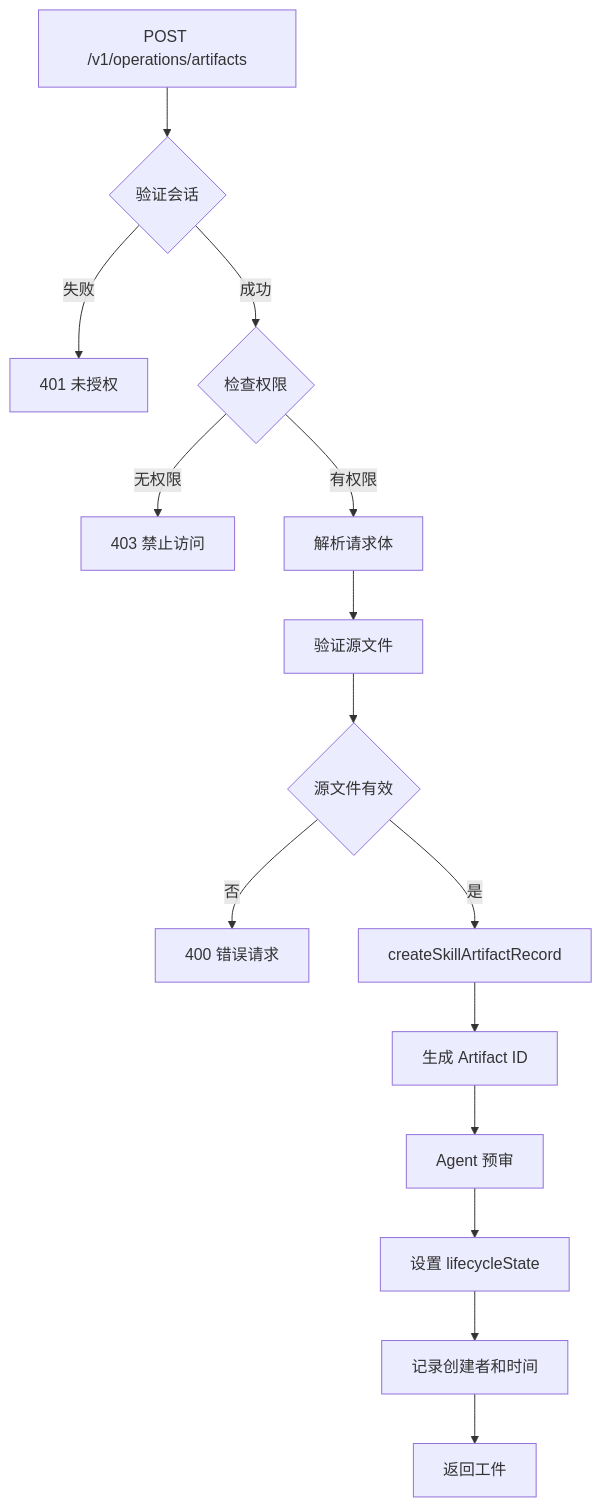
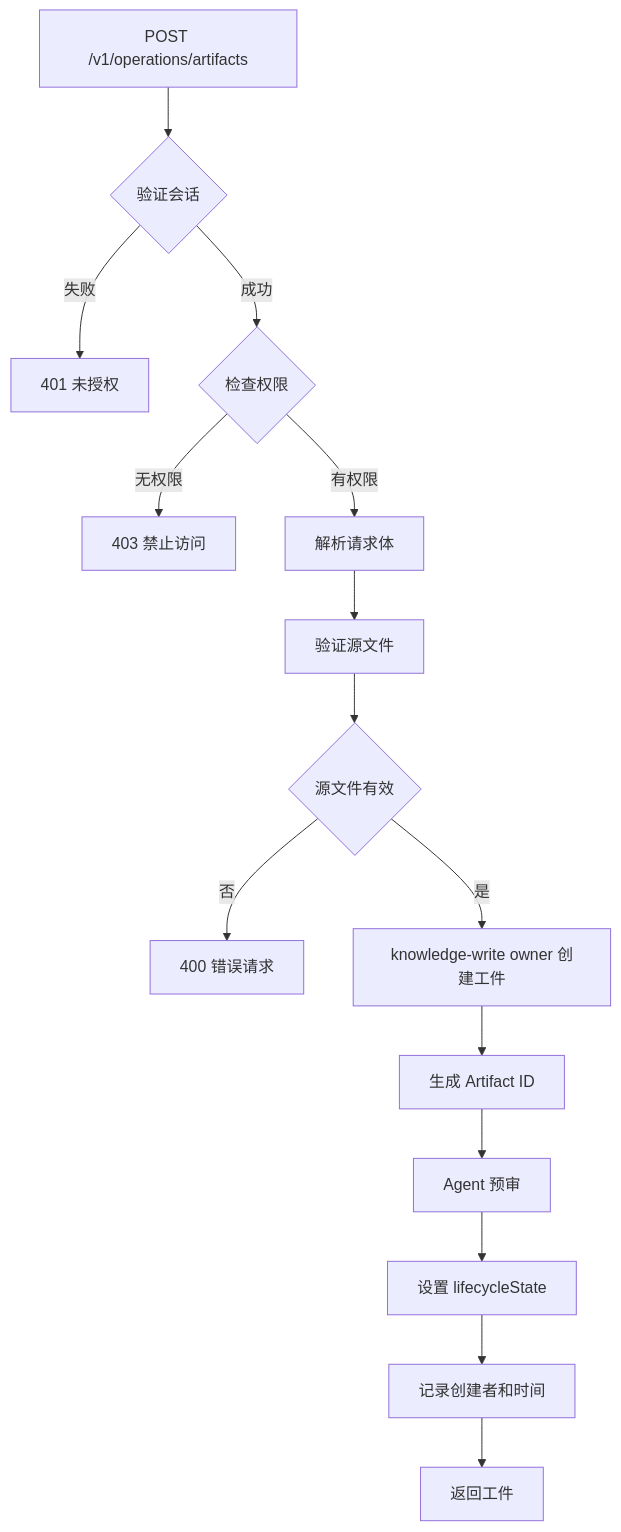
The fourth of 7 diagrams in docs/architecture/components/ARTIFACTS.md (pofossette/TrapMap-for-vibing), drawn with Mermaid before and after one commit. The commit also changed other lines of this file and 94 other files, not shown here.

````diff
--- a/docs/architecture/components/ARTIFACTS.md
+++ b/docs/architecture/components/ARTIFACTS.md
@@ -248,19 +248,19 @@
 ```mermaid
 flowchart TB
     A[POST /v1/operations/artifacts] --> B{验证会话}
     B -->|失败| C[401 未授权]
     B -->|成功| D{检查权限}
     D -->|无权限| E[403 禁止访问]
     D -->|有权限| F[解析请求体]
     
     F --> G[验证源文件]
     G --> H{源文件有效}
     H -->|否| I[400 错误请求]
-    H -->|是| J[createSkillArtifactRecord]
+    H -->|是| J[knowledge-write owner 创建工件]
     
     J --> K[生成 Artifact ID]
     K --> L[Agent 预审]
     L --> M[设置 lifecycleState]
     M --> N[记录创建者和时间]
     N --> O[返回工件]
 ```
````
